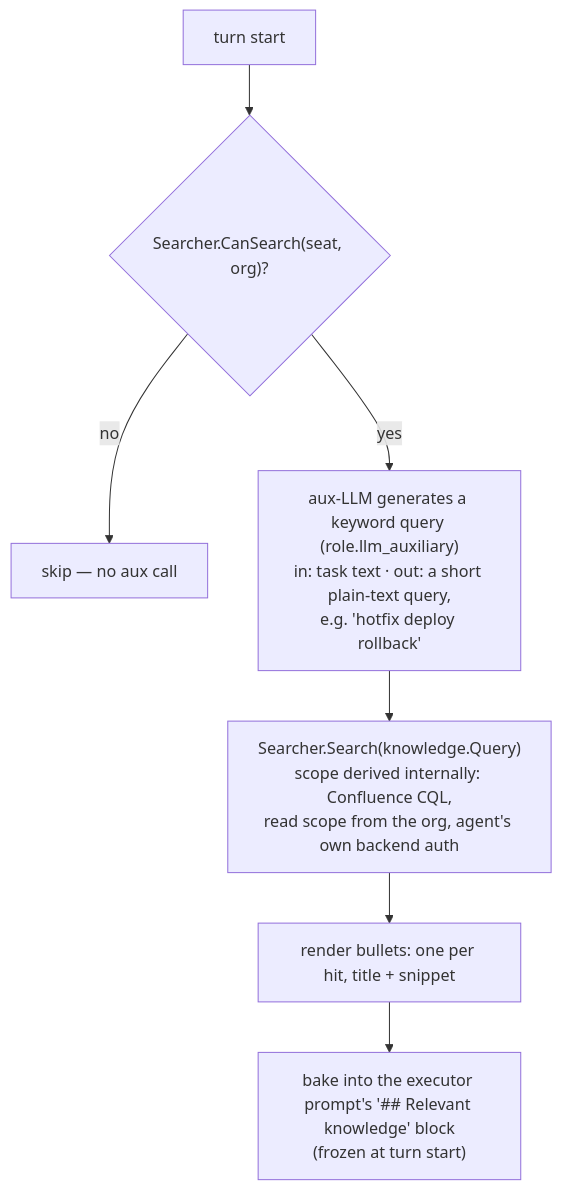
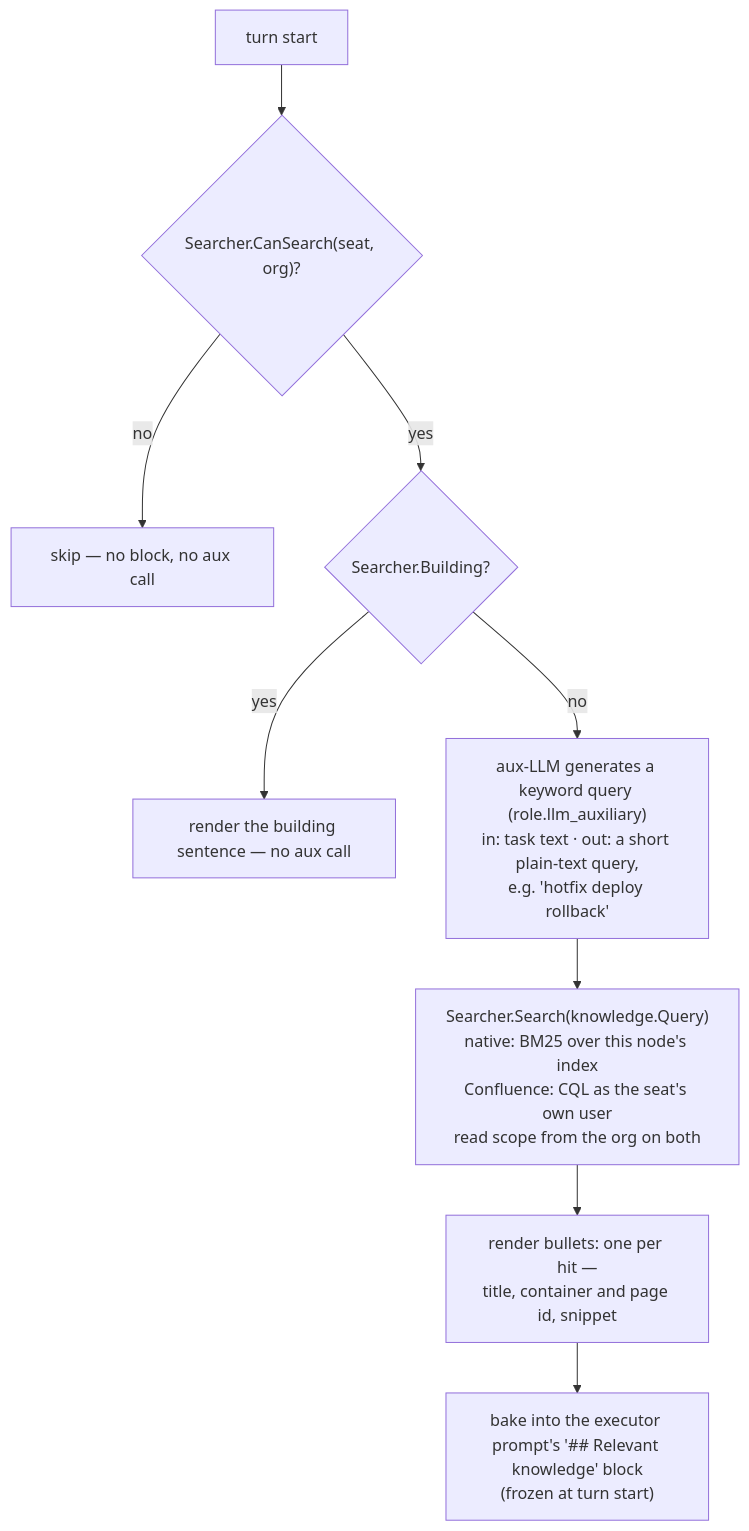
The second of 2 diagrams in docs/concepts/agent-learning.md (crewlet/crewlet), drawn with Mermaid before and after one commit. The commit also changed other lines of this file and 110 other files, not shown here.

````diff
--- a/docs/concepts/agent-learning.md
+++ b/docs/concepts/agent-learning.md
@@ -261,9 +262,11 @@
 ```mermaid
 flowchart TD
     A["turn start"] --> B{"Searcher.CanSearch(seat, org)?"}
-    B -->|no| SKIP["skip — no aux call"]
-    B -->|yes| C["aux-LLM generates a keyword query (role.llm_auxiliary)<br/>in: task text · out: a short plain-text query,<br/>e.g. 'hotfix deploy rollback'"]
-    C --> D["Searcher.Search(knowledge.Query)<br/>scope derived internally: Confluence CQL,<br/>read scope from the org, agent's own backend auth"]
-    D --> E["render bullets: one per hit, title + snippet"]
+    B -->|no| SKIP["skip — no block, no aux call"]
+    B -->|yes| BLD{"Searcher.Building?"}
+    BLD -->|yes| HINT["render the building sentence — no aux call"]
+    BLD -->|no| C["aux-LLM generates a keyword query (role.llm_auxiliary)<br/>in: task text · out: a short plain-text query,<br/>e.g. 'hotfix deploy rollback'"]
+    C --> D["Searcher.Search(knowledge.Query)<br/>native: BM25 over this node's index<br/>Confluence: CQL as the seat's own user<br/>read scope from the org on both"]
+    D --> E["render bullets: one per hit —<br/>title, container and page id, snippet"]
     E --> F["bake into the executor prompt's '## Relevant knowledge' block<br/>(frozen at turn start)"]
 ```
````
